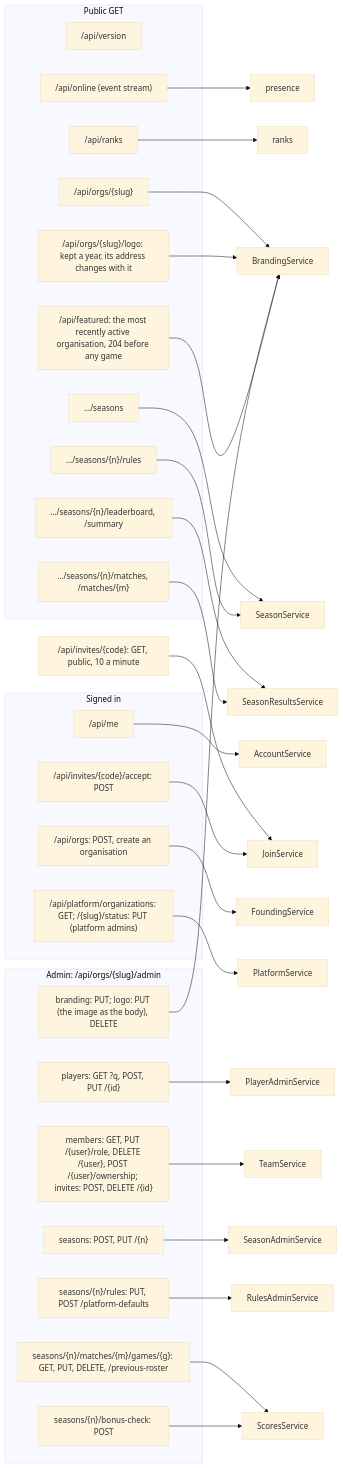
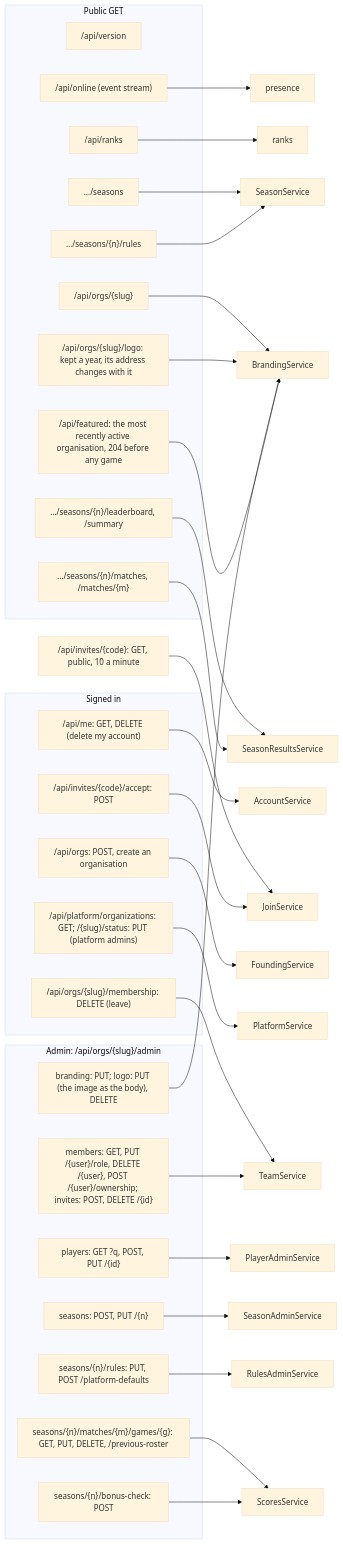
Before and after one commit to irmahs-labs/tournament-leaderboard: the fourth of 7 diagrams in docs/context-graph.md, drawn with Mermaid (base theme). The commit also changed other lines of this file and 14 other files, not shown here.

````diff
--- a/docs/context-graph.md
+++ b/docs/context-graph.md
@@ -96,46 +96,48 @@
 ```mermaid
 flowchart LR
     subgraph public[Public GET]
         v["/api/version"]
         on["/api/online (event stream)"]
         r["/api/ranks"]
         fe["/api/featured: the most recently active organisation, 204 before any game"]
         o["/api/orgs/{slug}"]
         lo["/api/orgs/{slug}/logo: kept a year, its address changes with it"]
         sl["…/seasons"]
         sr["…/seasons/{n}/rules"]
         lb["…/seasons/{n}/leaderboard, /summary"]
         ml["…/seasons/{n}/matches, /matches/{m}"]
     end
     subgraph signedin[Signed in]
-        me["/api/me"]
+        me["/api/me: GET, DELETE (delete my account)"]
+        lv["/api/orgs/{slug}/membership: DELETE (leave)"]
         acc["/api/invites/{code}/accept: POST"]
         fo["/api/orgs: POST, create an organisation"]
         pl["/api/platform/organizations: GET; /{slug}/status: PUT (platform admins)"]
     end
     jv["/api/invites/{code}: GET, public, 10 a minute"]
     subgraph admin["Admin: /api/orgs/{slug}/admin"]
         ap["players: GET ?q, POST, PUT /{id}"]
         br["branding: PUT; logo: PUT (the image as the body), DELETE"]
         tm["members: GET, PUT /{user}/role, DELETE /{user}, POST /{user}/ownership; invites: POST, DELETE /{id}"]
         as["seasons: POST, PUT /{n}"]
         ru["seasons/{n}/rules: PUT, POST /platform-defaults"]
         sc["seasons/{n}/matches/{m}/games/{g}: GET, PUT, DELETE, /previous-roster"]
         bc["seasons/{n}/bonus-check: POST"]
     end
     r --> ranks
     on --> presence
     o & lo & br --> BrandingService
     sl & sr --> SeasonService
     lb & ml --> SeasonResultsService
     me --> AccountService
+    lv --> TeamService
     fe --> BrandingService
     fo --> FoundingService
     pl --> PlatformService
     tm --> TeamService
     jv & acc --> JoinService
     ap --> PlayerAdminService
     as --> SeasonAdminService
     sc & bc --> ScoresService
     ru --> RulesAdminService
 ```
````
